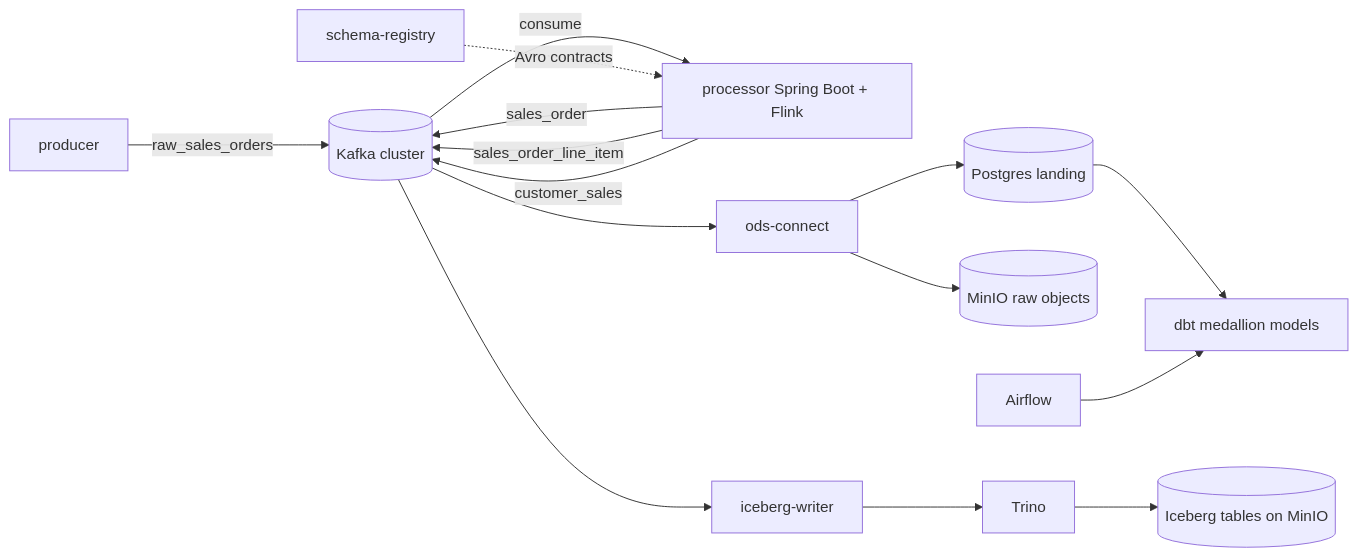
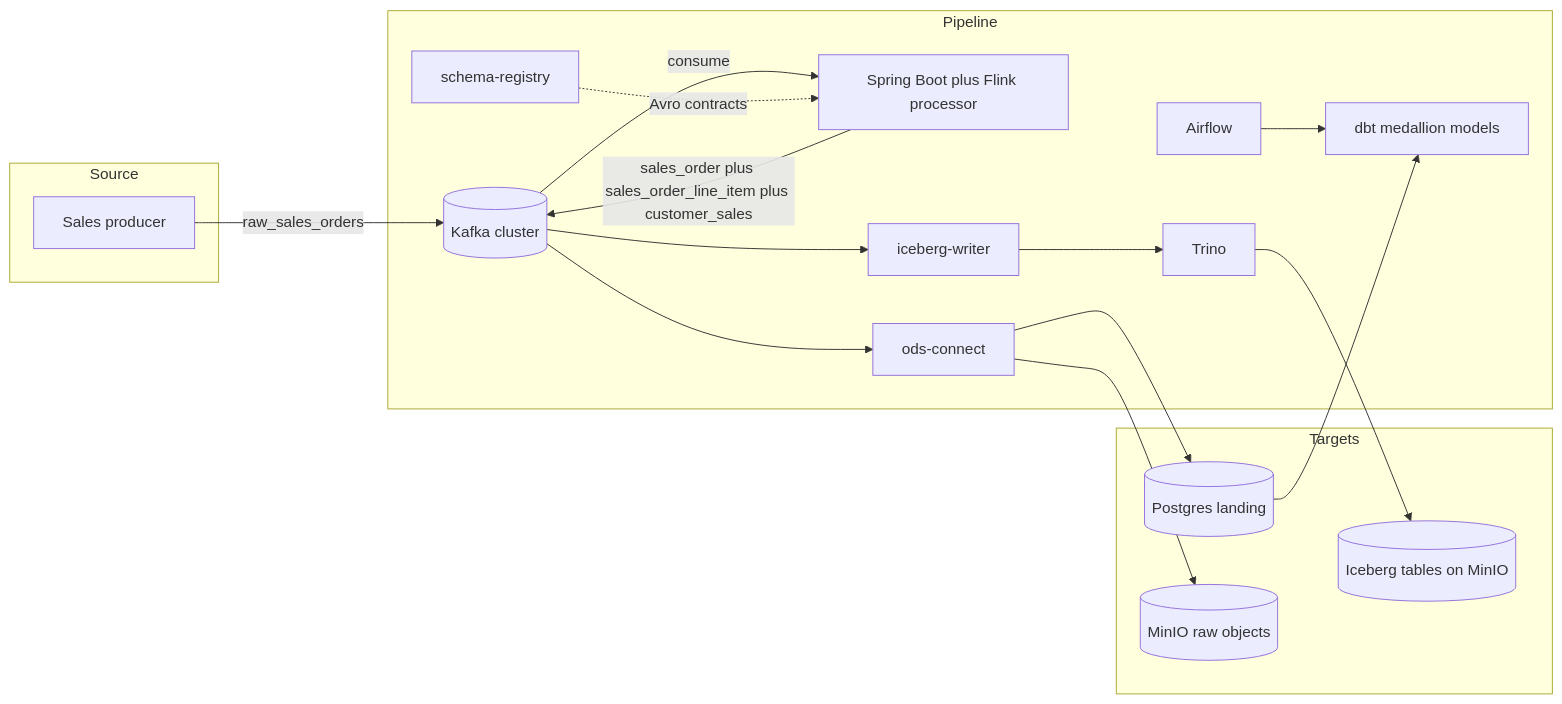
One commit to paulchen8206/Full-Stack-Modern-Data-Architecture-and-Engineering changed the third of 9 diagrams in docs/architecture.md. Above: the diagram before and after it, drawn with Mermaid. The commit also changed other lines of this file, not shown here.

````diff
--- a/docs/architecture.md
+++ b/docs/architecture.md
@@ -419,21 +435,36 @@
 ```mermaid
 flowchart LR
-  P[producer] -->|raw_sales_orders| K[(Kafka cluster)]
-  K -->|consume| F[processor Spring Boot + Flink]
-  SR[schema-registry] -.Avro contracts.-> F
+  subgraph S[Source]
+    P[Sales producer]
+  end
 
-  F -->|sales_order| K
-  F -->|sales_order_line_item| K
-  F -->|customer_sales| K
+  subgraph P1[Pipeline]
+    K[(Kafka cluster)]
+    F[Spring Boot plus Flink processor]
+    SR[schema-registry]
+    ODS[ods-connect]
+    IW[iceberg-writer]
+    T[Trino]
+    A[Airflow]
+    D[dbt medallion models]
+  end
 
-  K --> ODS[ods-connect]
-  ODS --> PG[(Postgres landing)]
-  ODS --> M[(MinIO raw objects)]
+  subgraph T1[Targets]
+    PG[(Postgres landing)]
+    M[(MinIO raw objects)]
+    I[(Iceberg tables on MinIO)]
+  end
 
-  K --> IW[iceberg-writer]
-  IW --> T[Trino]
-  T --> I[(Iceberg tables on MinIO)]
-
-  PG --> D[dbt medallion models]
-  A[Airflow] --> D
+  P -->|raw_sales_orders| K
+  K -->|consume| F
+  SR -.Avro contracts.-> F
+  F -->|sales_order plus sales_order_line_item plus customer_sales| K
+  K --> ODS
+  ODS --> PG
+  ODS --> M
+  K --> IW
+  IW --> T
+  T --> I
+  PG --> D
+  A --> D
 ```
````
